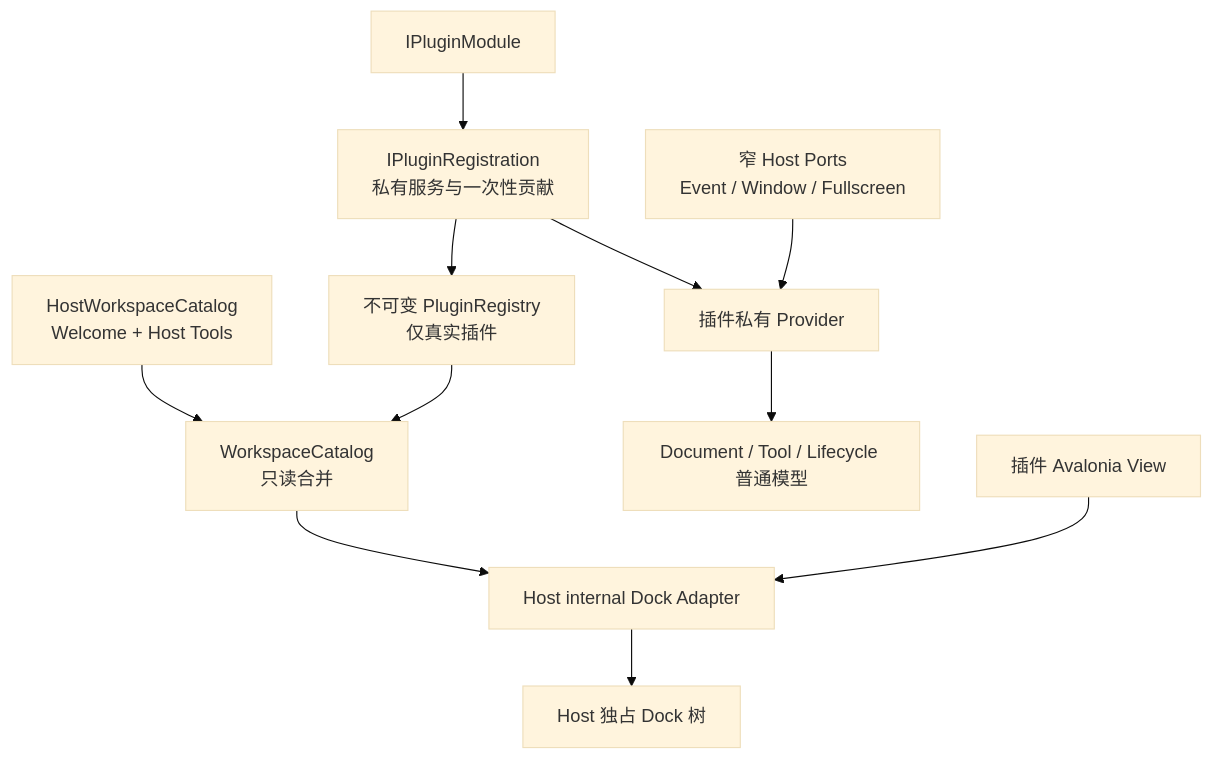
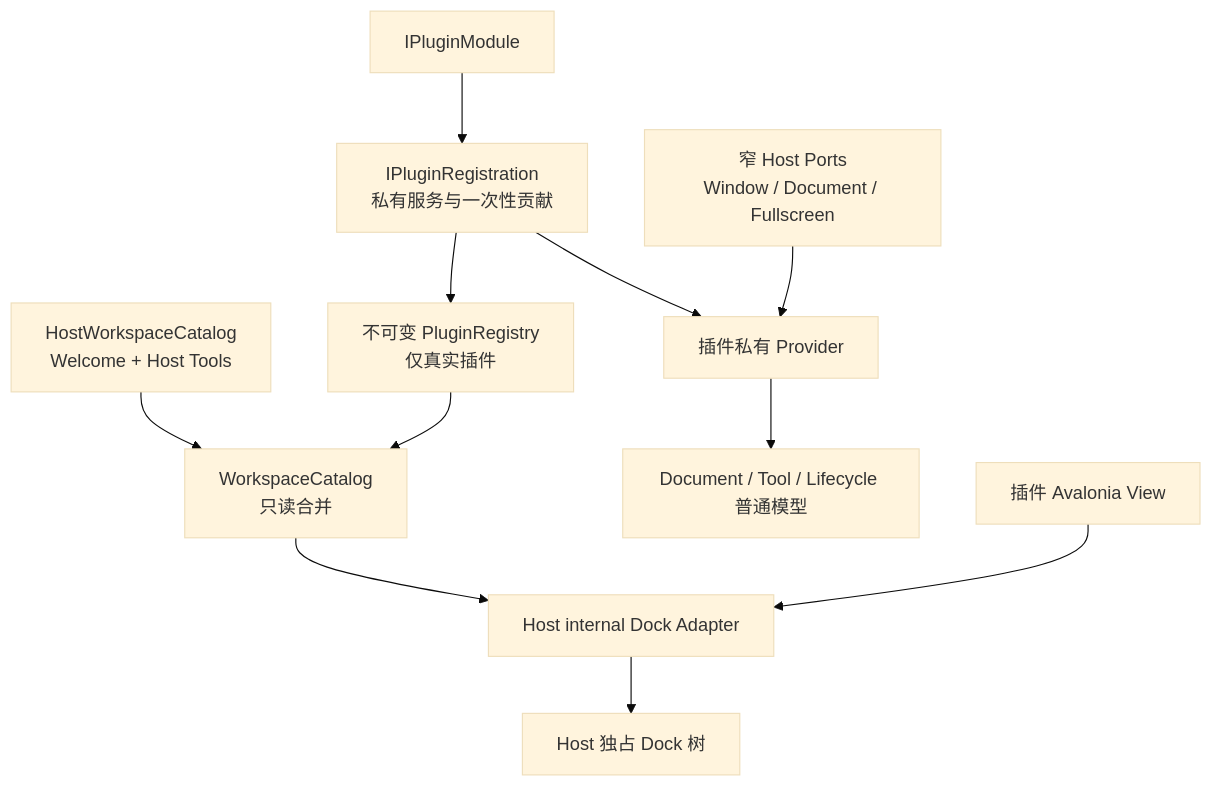
One commit to crownclowngx/avalonia_dock_simple_test changed the fifth of 5 diagrams in docs/design/host-plugin-architecture-review.md. Above: the diagram before and after it, drawn with Mermaid (base theme). The commit also changed other lines of this file and 49 other files, not shown here.

````diff
--- a/docs/design/host-plugin-architecture-review.md
+++ b/docs/design/host-plugin-architecture-review.md
@@ -547,13 +561,13 @@
 ```mermaid
 flowchart TB
     Module["IPluginModule"] --> Registration["IPluginRegistration<br/>私有服务与一次性贡献"]
     Registration --> Provider["插件私有 Provider"]
     Registration --> Registry["不可变 PluginRegistry\n仅真实插件"]
     HostCatalog["HostWorkspaceCatalog\nWelcome + Host Tools"] --> Workspace["WorkspaceCatalog\n只读合并"]
     Registry --> Workspace
     Provider --> Models["Document / Tool / Lifecycle 普通模型"]
     Workspace --> Adapters["Host internal Dock Adapter"]
-    Ports["窄 Host Ports<br/>Event / Window / Fullscreen"] --> Provider
+    Ports["窄 Host Ports<br/>Window / Document / Fullscreen"] --> Provider
     Adapters --> Dock["Host 独占 Dock 树"]
     Views["插件 Avalonia View"] --> Adapters
 ```
````
